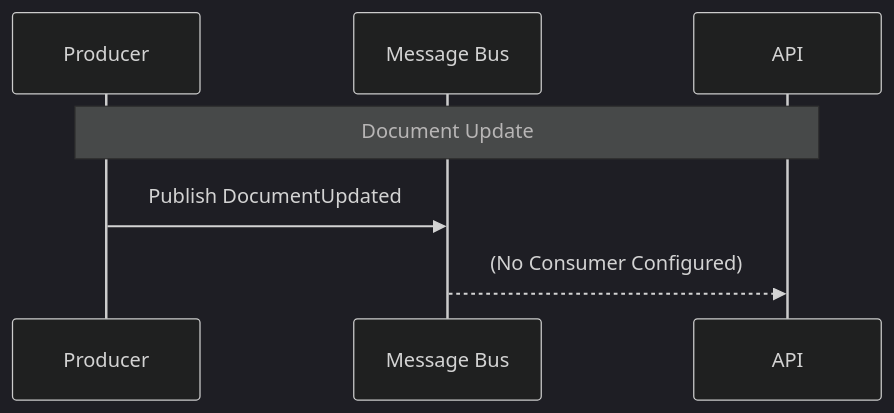
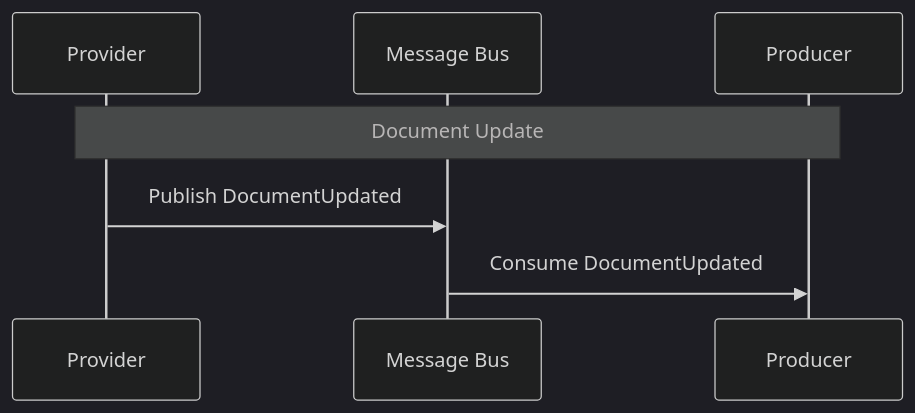
The diagram in docs/events/documents/DocumentUpdated.md (jrandallsexton/sports-data-core), drawn with Mermaid (dark theme) before and after one commit. The commit also changed other lines of this file and 4 other files, not shown here.

````diff
--- a/docs/events/documents/DocumentUpdated.md
+++ b/docs/events/documents/DocumentUpdated.md
@@ -7,10 +7,10 @@
 ```mermaid
 sequenceDiagram
+    participant Pr as Provider
+    participant B as Message Bus
     participant P as Producer
-    participant B as Message Bus
-    participant A as API
 
-    Note over P, A: Document Update
-    P->>B: Publish DocumentUpdated
-    B-->>A: (No Consumer Configured)
+    Note over Pr, P: Document Update
+    Pr->>B: Publish DocumentUpdated
+    B->>P: Consume DocumentUpdated
 ```
````
